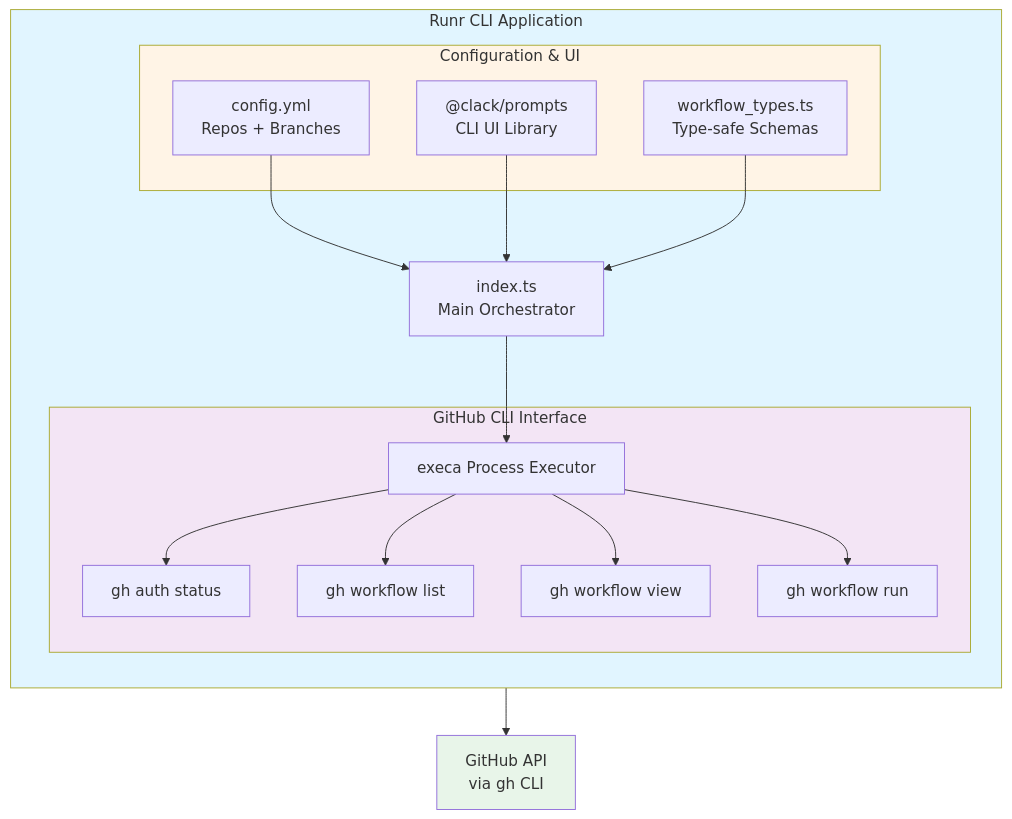
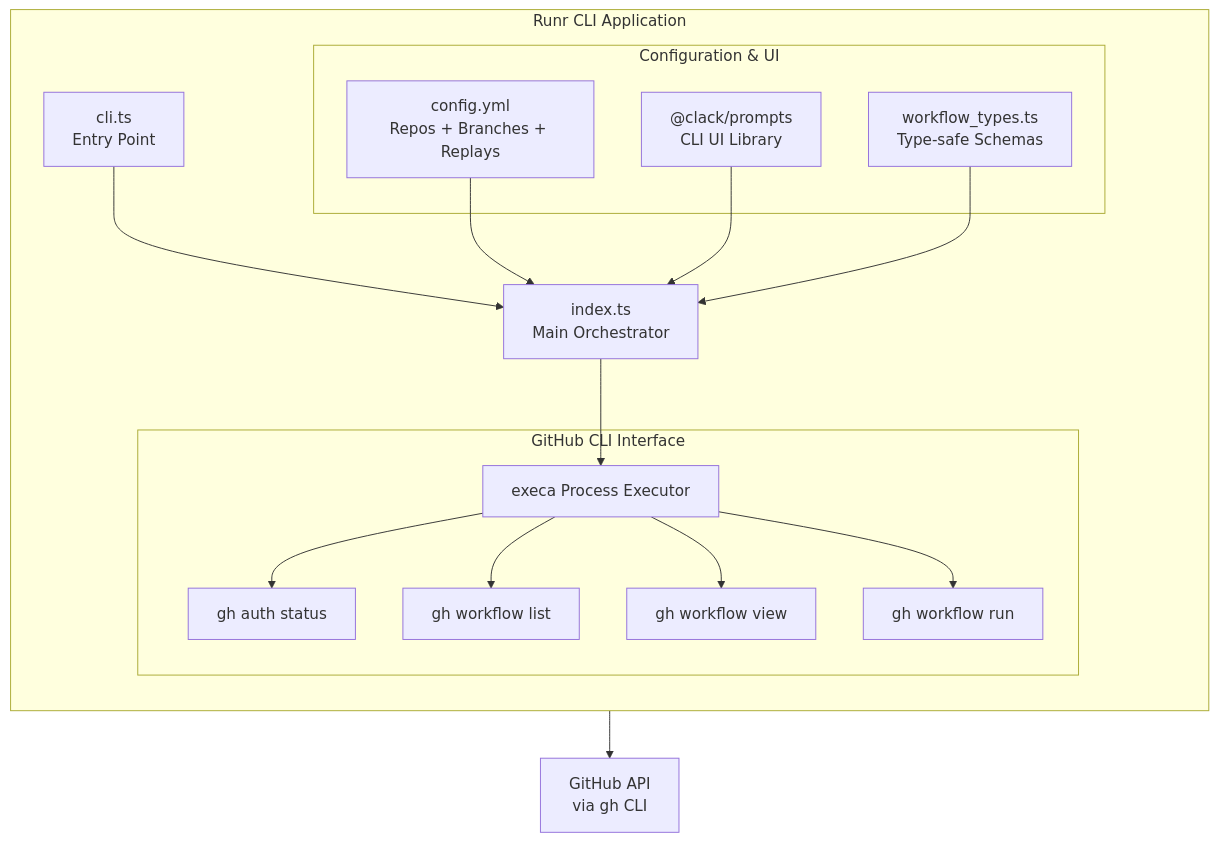
Before and after one commit to pr0methevs/runr: the diagram in README.md, drawn with Mermaid. The commit also changed other lines of this file and 10 other files, not shown here.

First line of the commit message:
feat: Interactive Workflow Replays & Enhanced CLI UX (#13)

````diff
--- a/README.md
+++ b/README.md
@@ -67,39 +69,37 @@
 ```mermaid
 flowchart TB
     subgraph CLI["Runr CLI Application"]
         direction TB
         
+        CLI_ENTRY[cli.ts<br/>Entry Point]
+
         subgraph Inputs["Configuration & UI"]
-            CONFIG[config.yml<br/>Repos + Branches]
+            CONFIG[config.yml<br/>Repos + Branches + Replays]
             PROMPTS["@clack/prompts<br/>CLI UI Library"]
             TYPES[workflow_types.ts<br/>Type-safe Schemas]
         end
         
         MAIN[index.ts<br/>Main Orchestrator]
         
         subgraph GH["GitHub CLI Interface"]
             EXECA[execa Process Executor]
             AUTH[gh auth status]
             LIST[gh workflow list]
             VIEW[gh workflow view]
             RUN[gh workflow run]
         end
         
+        CLI_ENTRY --> MAIN
         CONFIG --> MAIN
         PROMPTS --> MAIN
         TYPES --> MAIN
         
         MAIN --> EXECA
         EXECA --> AUTH
         EXECA --> LIST
         EXECA --> VIEW
         EXECA --> RUN
     end
     
     GH --> API[GitHub API<br/>via gh CLI]
-    
-    style CLI fill:#e1f5ff
-    style Inputs fill:#fff4e6
-    style GH fill:#f3e5f5
-    style API fill:#e8f5e9
 ```
````
